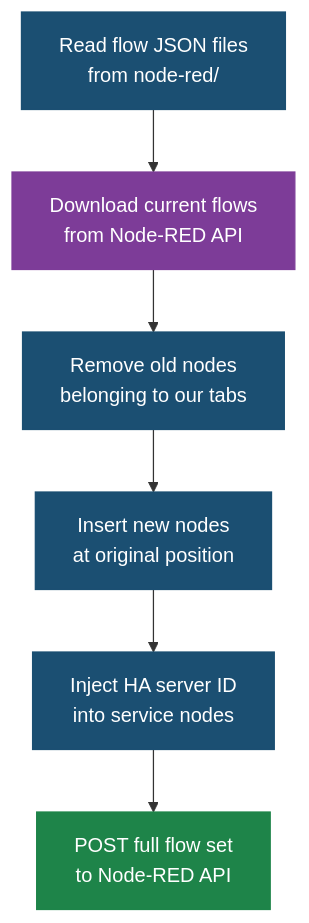
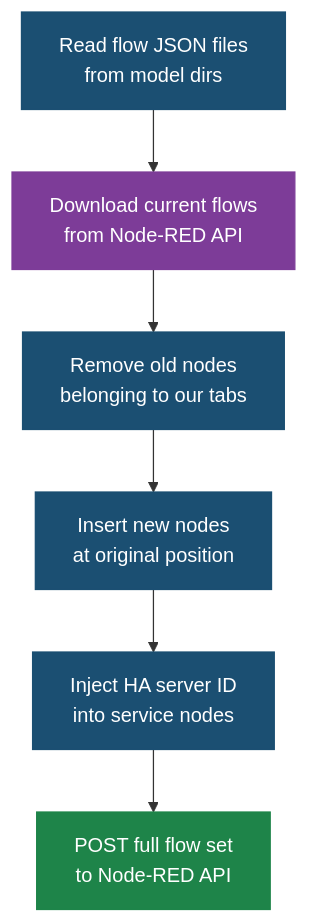
The first of 2 diagrams in docs/scripts.md (declanshanaghy/ollama-models), drawn with Mermaid before and after one commit. The commit also changed other lines of this file and 10 other files, not shown here.

````diff
--- a/docs/scripts.md
+++ b/docs/scripts.md
@@ -38,15 +38,15 @@
 ```mermaid
 flowchart TD
-    A[Read flow JSON files<br/>from node-red/]:::primary
+    A[Read flow JSON files<br/>from model dirs]:::primary
     B[Download current flows<br/>from Node-RED API]:::secondary
     C[Remove old nodes<br/>belonging to our tabs]:::primary
     D[Insert new nodes<br/>at original position]:::primary
     E[Inject HA server ID<br/>into service nodes]:::primary
     F[POST full flow set<br/>to Node-RED API]:::success
 
     A --> B --> C --> D --> E --> F
 
     classDef primary fill:#1B4F72,stroke:#1B4F72,color:#fff
     classDef secondary fill:#7D3C98,stroke:#7D3C98,color:#fff
     classDef success fill:#1E8449,stroke:#1E8449,color:#fff
 ```
````
